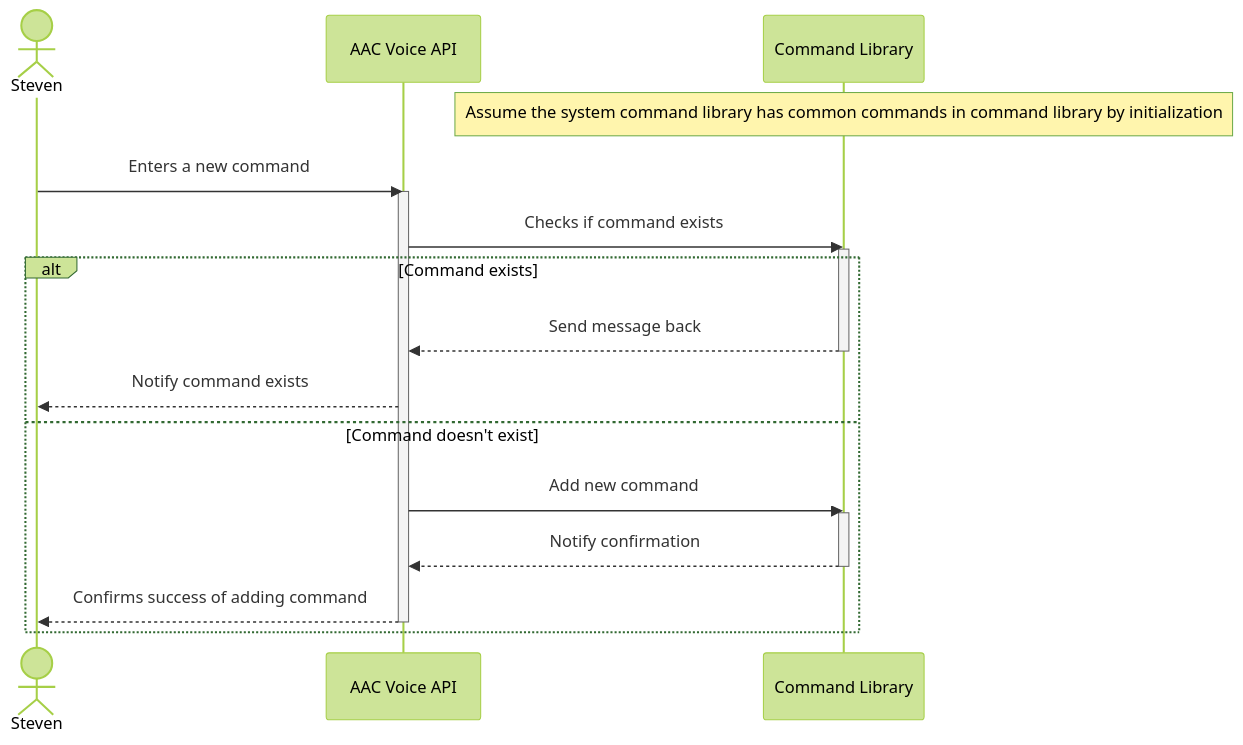
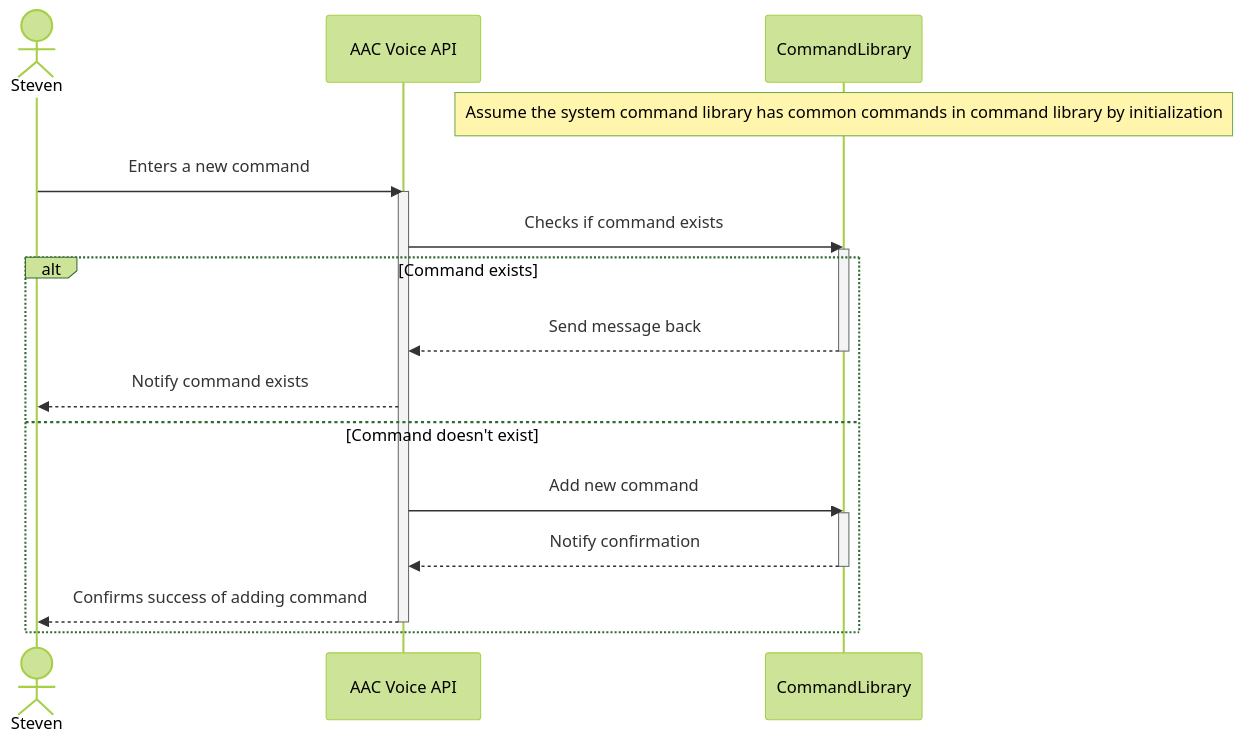
One commit to Capstone-Projects-2025-Fall/project-001-aac-api changed the seventh of 9 diagrams in documentation/docs/system-architecture/sequence-diagrams.md. Above: the diagram before and after it, drawn with Mermaid (forest theme). The commit also changed other lines of this file, not shown here.

Commit message:
Replaced Use Case 10 image with mermaid code

````diff
--- a/documentation/docs/system-architecture/sequence-diagrams.md
+++ b/documentation/docs/system-architecture/sequence-diagrams.md
@@ -505,25 +505,25 @@
 ```mermaid
 sequenceDiagram
     actor Steven
     participant AAC Voice API
-    participant Command Library
-    Note over Command Library: Assume the system command library has common commands in command library by initialization
+    participant CommandLibrary
+    Note over CommandLibrary: Assume the system command library has common commands in command library by initialization
 
     Steven ->> AAC Voice API: Enters a new command
     activate AAC Voice API
-    AAC Voice API ->> Command Library: Checks if command exists
-    activate Command Library
+    AAC Voice API ->> CommandLibrary: Checks if command exists
+    activate CommandLibrary
     
     alt Command exists
-        Command Library -->> AAC Voice API: Send message back
-        deactivate Command Library
+        CommandLibrary -->> AAC Voice API: Send message back
+        deactivate CommandLibrary
         AAC Voice API -->> Steven: Notify command exists
     else Command doesn't exist
-        AAC Voice API ->> Command Library: Add new command
-        activate Command Library
-        Command Library -->> AAC Voice API: Notify confirmation
-        deactivate Command Library
+        AAC Voice API ->> CommandLibrary: Add new command
+        activate CommandLibrary
+        CommandLibrary -->> AAC Voice API: Notify confirmation
+        deactivate CommandLibrary
         AAC Voice API -->> Steven: Confirms success of adding command
         deactivate AAC Voice API
     end
 ```
````
